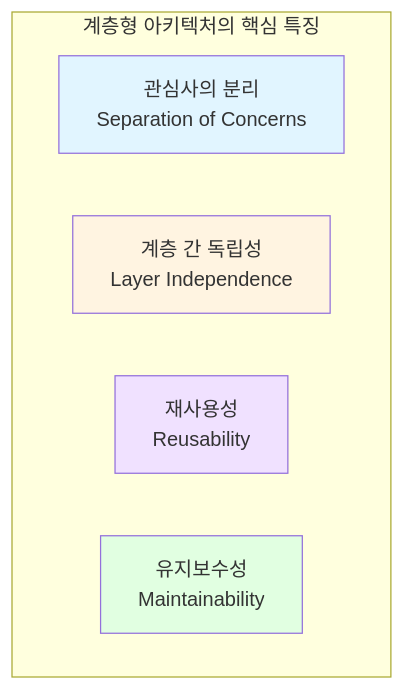
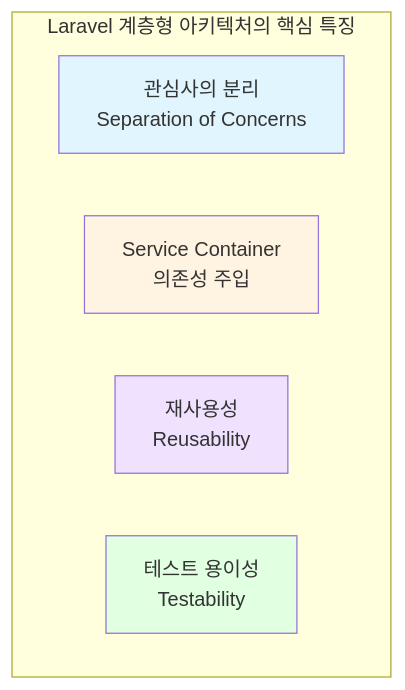
One commit to shaul1991/study-architecture changed the first of 22 diagrams in architecture/layered/README.md. Above: the diagram before and after it, drawn with Mermaid. The commit also changed other lines of this file and 1 other file, not shown here.

First line of the commit message:
refactor: 레이어드 아키텍처 문서를 Laravel 기준으로 수정

````diff
--- a/architecture/layered/README.md
+++ b/architecture/layered/README.md
@@ -30,14 +31,14 @@
 ```mermaid
 graph TB
-    subgraph "계층형 아키텍처의 핵심 특징"
+    subgraph "Laravel 계층형 아키텍처의 핵심 특징"
         A[관심사의 분리<br/>Separation of Concerns]
-        B[계층 간 독립성<br/>Layer Independence]
+        B[Service Container<br/>의존성 주입]
         C[재사용성<br/>Reusability]
-        D[유지보수성<br/>Maintainability]
+        D[테스트 용이성<br/>Testability]
     end
 
     style A fill:#e1f5ff
     style B fill:#fff4e1
     style C fill:#f0e1ff
     style D fill:#e1ffe1
 ```
````
